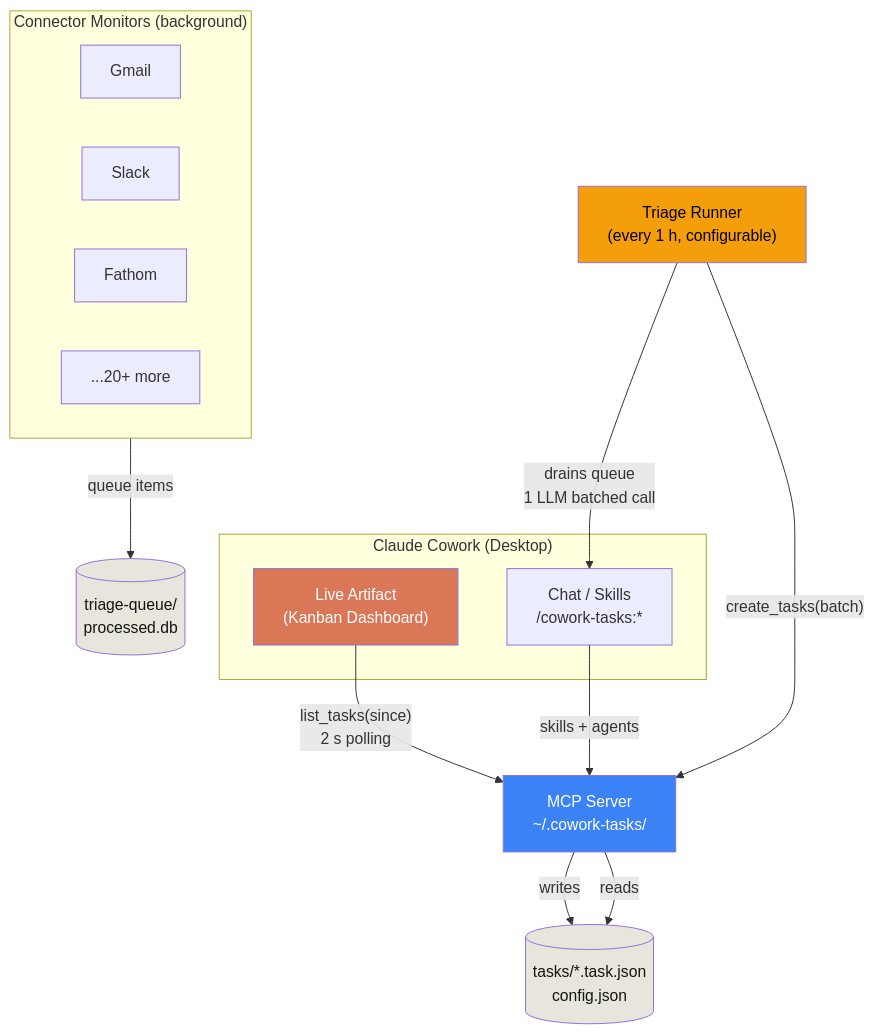
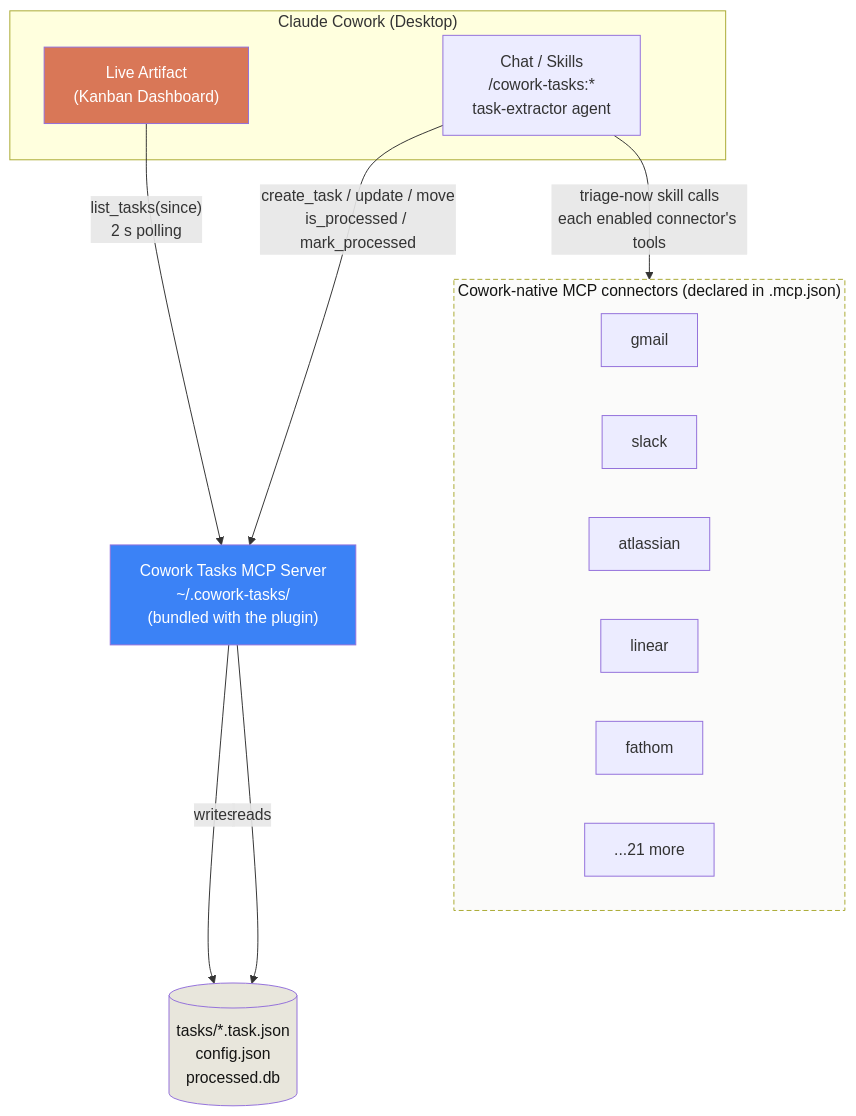
One commit to sabbah13/cowork-tasks changed the diagram in docs/architecture.md. Above: the diagram before and after it, drawn with Mermaid. The commit also changed other lines of this file and 64 other files, not shown here.

First line of the commit message:
chore: drop custom-connector cruft, align docs on Cowork-native MCP (#38)

````diff
--- a/docs/architecture.md
+++ b/docs/architecture.md
@@ -5,34 +5,30 @@
 ```mermaid
 flowchart TB
     subgraph Cowork["Claude Cowork (Desktop)"]
         Artifact["Live Artifact<br/>(Kanban Dashboard)"]
-        Chat["Chat / Skills<br/>/cowork-tasks:*"]
+        Chat["Chat / Skills<br/>/cowork-tasks:*<br/>task-extractor agent"]
     end
 
-    MCP["MCP Server<br/>~/.cowork-tasks/"]
-    Files[("tasks/*.task.json<br/>config.json")]
-    Queue[("triage-queue/<br/>processed.db")]
+    MCP["Cowork Tasks MCP Server<br/>~/.cowork-tasks/<br/>(bundled with the plugin)"]
+    Files[("tasks/*.task.json<br/>config.json<br/>processed.db")]
 
-    subgraph Connectors["Connector Monitors (background)"]
-        Gmail["Gmail"]
-        Slack["Slack"]
-        Fathom["Fathom"]
-        Others["...20+ more"]
+    subgraph Native["Cowork-native MCP connectors (declared in .mcp.json)"]
+        Gmail["gmail"]
+        Slack["slack"]
+        Atlassian["atlassian"]
+        Linear["linear"]
+        Fathom["fathom"]
+        Others["...21 more"]
     end
 
-    Triage["Triage Runner<br/>(every 1 h, configurable)"]
-
     Artifact -- "list_tasks(since)<br/>2 s polling" --> MCP
-    Chat -- "skills + agents" --> MCP
-    Connectors -- "queue items" --> Queue
-    Triage -- "drains queue<br/>1 LLM batched call" --> Chat
+    Chat -- "create_task / update / move<br/>is_processed / mark_processed" --> MCP
+    Chat -- "triage-now skill calls<br/>each enabled connector's tools" --> Native
     MCP -- "writes" --> Files
     MCP -- "reads" --> Files
-    Triage -- "create_tasks(batch)" --> MCP
 
     style Artifact fill:#d97757,color:#fff
     style MCP fill:#3b82f6,color:#fff
-    style Triage fill:#f59e0b,color:#000
     style Files fill:#e8e6dc,color:#141413
-    style Queue fill:#e8e6dc,color:#141413
+    style Native fill:#fbfbfa,stroke-dasharray:5 3,color:#141413
 ```
````
